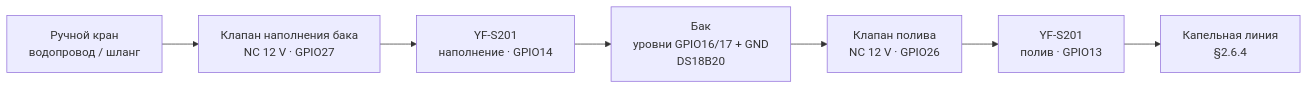
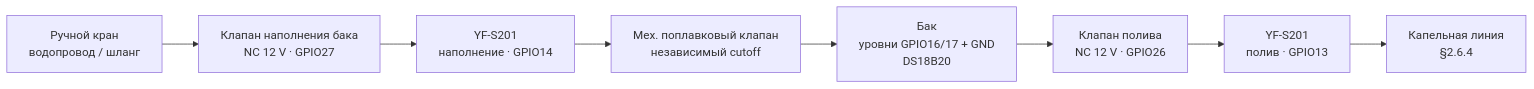
Before and after one commit to TiunovNN/smart-greenhouse: the fifth of 5 diagrams in docs/03-greenhouse-installation.md, drawn with Mermaid. The commit also changed other lines of this file and 118 other files, not shown here.

````diff
--- a/docs/03-greenhouse-installation.md
+++ b/docs/03-greenhouse-installation.md
@@ -279,12 +279,12 @@
 ```mermaid
 flowchart LR
   TAP["Ручной кран<br/>водопровод / шланг"]
   FV["Клапан наполнения бака<br/>NC 12 V · GPIO27"]
   FS1["YF-S201<br/>наполнение · GPIO14"]
   TANK["Бак<br/>уровни GPIO16/17 + GND<br/>DS18B20"]
   IV["Клапан полива<br/>NC 12 V · GPIO26"]
   FS2["YF-S201<br/>полив · GPIO13"]
   DRIP["Капельная линия<br/>§2.6.4"]
 
-  TAP --> FV --> FS1 --> TANK --> IV --> FS2 --> DRIP
+  TAP --> FV --> FS1 --> FLOAT["Мех. поплавковый клапан<br/>независимый cutoff"] --> TANK --> IV --> FS2 --> DRIP
 ```
````
